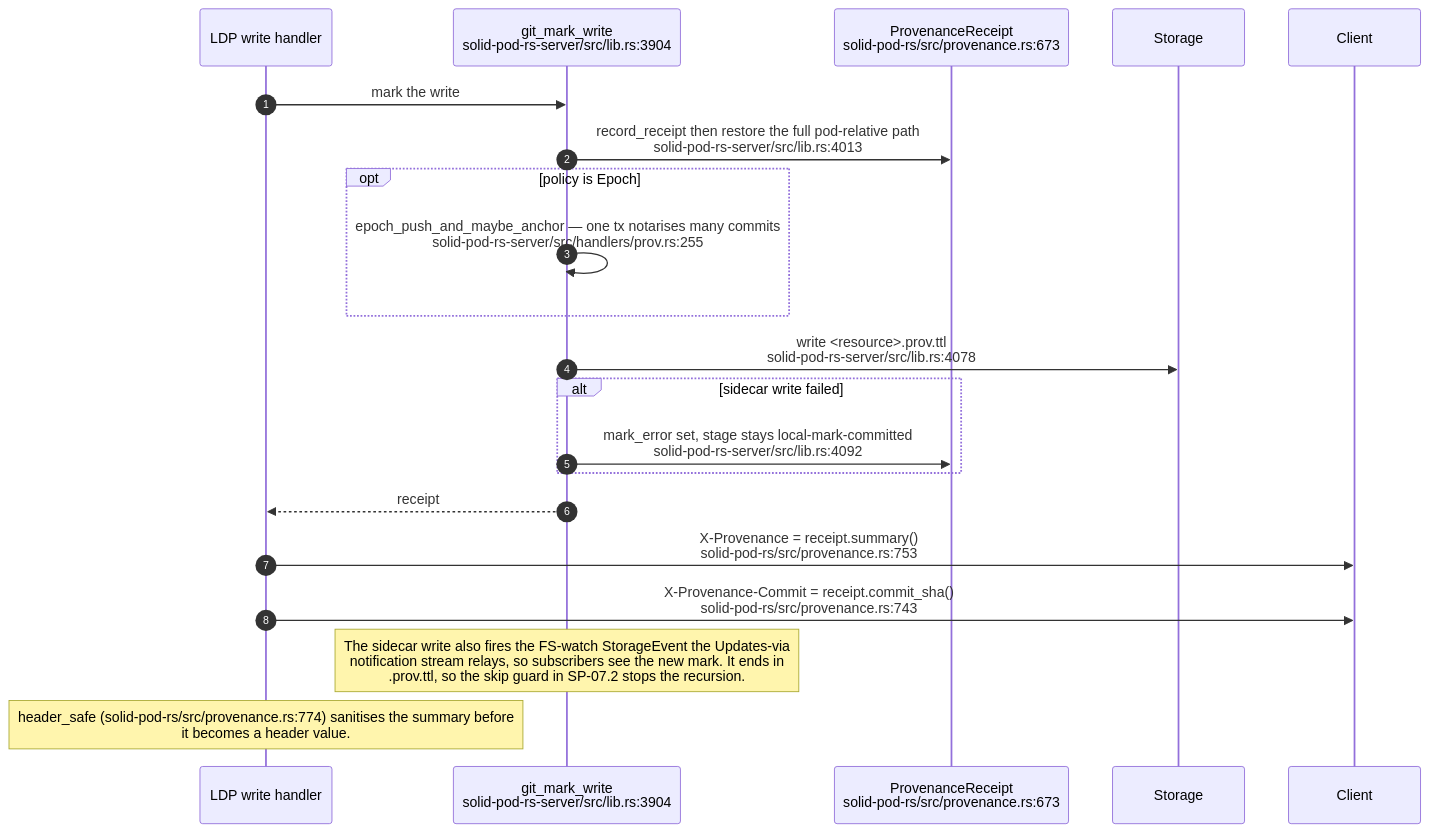
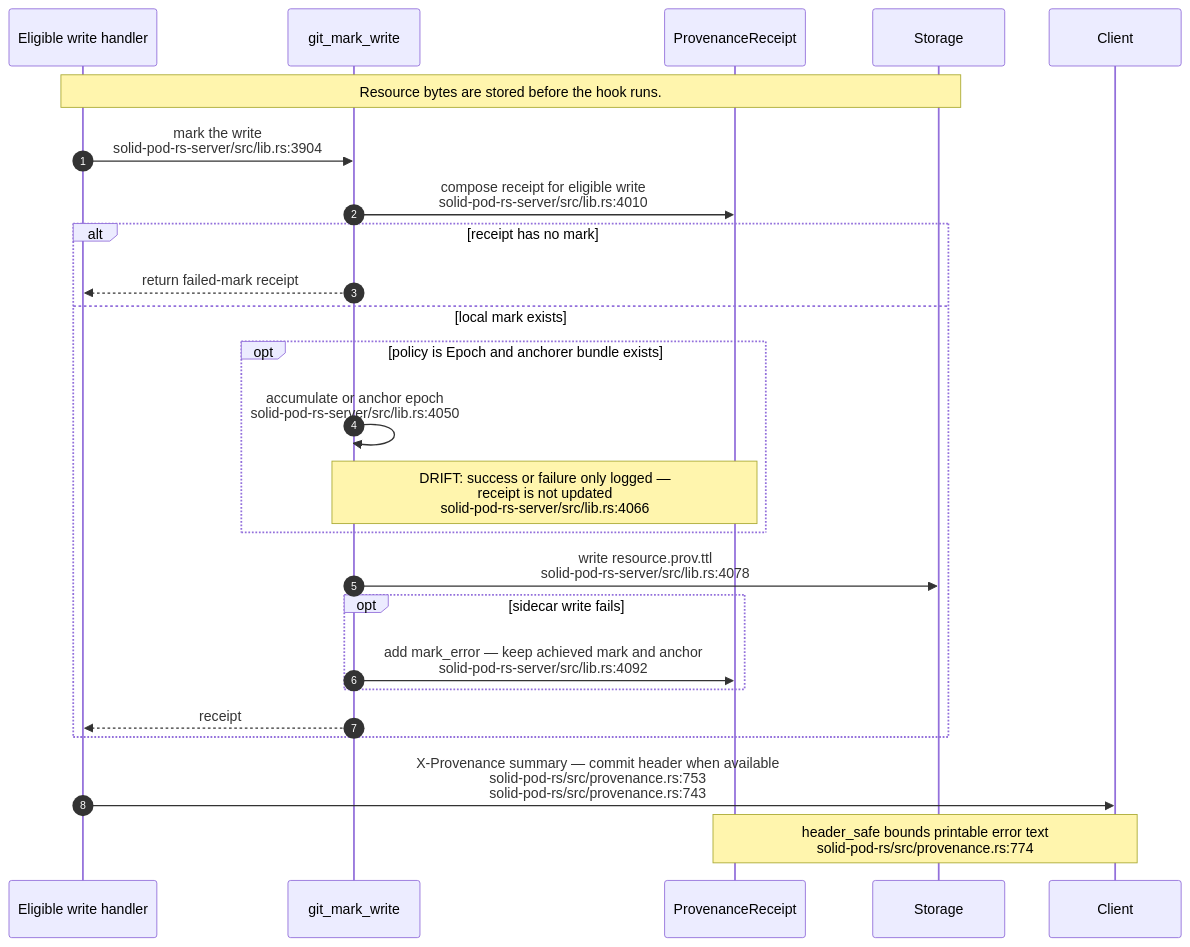
One commit to DreamLab-AI/VisionFlow changed the fifth of 19 diagrams in docs/diagrams/solid-pod-rs/07-provenance-and-payments.md. Above: the diagram before and after it, drawn with Mermaid. The commit also changed other lines of this file and 32 other files, not shown here.

Commit message:
docs: audit Solid provenance receipt and mutation gaps

````diff
--- a/docs/diagrams/solid-pod-rs/07-provenance-and-payments.md
+++ b/docs/diagrams/solid-pod-rs/07-provenance-and-payments.md
@@ -167,24 +147,27 @@
 ```mermaid
 sequenceDiagram
     autonumber
-    participant H as LDP write handler
-    participant G as git_mark_write<br/>solid-pod-rs-server/src/lib.rs:3904
-    participant R as ProvenanceReceipt<br/>solid-pod-rs/src/provenance.rs:673
+    participant H as Eligible write handler
+    participant G as git_mark_write
+    participant R as ProvenanceReceipt
     participant S as Storage
     participant C as Client
-
-    H->>G: mark the write
-    G->>R: record_receipt then restore the full pod-relative path<br/>solid-pod-rs-server/src/lib.rs:4013
-    opt policy is Epoch
-        G->>G: epoch_push_and_maybe_anchor — one tx notarises many commits<br/>solid-pod-rs-server/src/handlers/prov.rs:255
+    Note over H,S: Resource bytes are stored before the hook runs.
+    H->>G: mark the write<br/>solid-pod-rs-server/src/lib.rs:3904
+    G->>R: compose receipt for eligible write<br/>solid-pod-rs-server/src/lib.rs:4010
+    alt receipt has no mark
+        G-->>H: return failed-mark receipt
+    else local mark exists
+        opt policy is Epoch and anchorer bundle exists
+            G->>G: accumulate or anchor epoch<br/>solid-pod-rs-server/src/lib.rs:4050
+            Note over G,R: DRIFT: success or failure only logged —<br/>receipt is not updated<br/>solid-pod-rs-server/src/lib.rs:4066
+        end
+        G->>S: write resource.prov.ttl<br/>solid-pod-rs-server/src/lib.rs:4078
+        opt sidecar write fails
+            G->>R: add mark_error — keep achieved mark and anchor<br/>solid-pod-rs-server/src/lib.rs:4092
+        end
+        G-->>H: receipt
     end
-    G->>S: write <resource>.prov.ttl<br/>solid-pod-rs-server/src/lib.rs:4078
-    alt sidecar write failed
-        G->>R: mark_error set, stage stays local-mark-committed<br/>solid-pod-rs-server/src/lib.rs:4092
-    end
-    G-->>H: receipt
-    H->>C: X-Provenance = receipt.summary()<br/>solid-pod-rs/src/provenance.rs:753
-    H->>C: X-Provenance-Commit = receipt.commit_sha()<br/>solid-pod-rs/src/provenance.rs:743
-    Note over G: The sidecar write also fires the FS-watch StorageEvent the Updates-via<br/>notification stream relays, so subscribers see the new mark. It ends in<br/>.prov.ttl, so the skip guard in SP-07.2 stops the recursion.
-    Note over H: header_safe (solid-pod-rs/src/provenance.rs:774) sanitises the summary before<br/>it becomes a header value.
+    H->>C: X-Provenance summary — commit header when available<br/>solid-pod-rs/src/provenance.rs:753<br/>solid-pod-rs/src/provenance.rs:743
+    Note over R,C: header_safe bounds printable error text<br/>solid-pod-rs/src/provenance.rs:774
 ```
````
